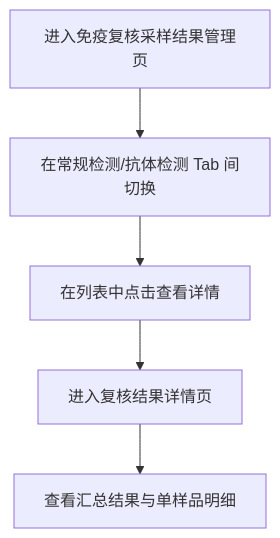
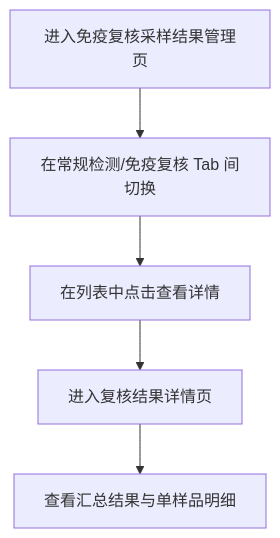
One commit to 91Dhua/Vaccine changed the second of 2 diagrams in prds/vaccine prd/08-免疫复核采样结果管理.md. Above: the diagram before and after it, drawn with Mermaid. The commit also changed other lines of this file and 1 other file, not shown here.

Commit message:
Rename antibody review tab

````diff
--- a/prds/vaccine prd/08-免疫复核采样结果管理.md
+++ b/prds/vaccine prd/08-免疫复核采样结果管理.md
@@ -53,7 +53,7 @@
 ```mermaid
 flowchart TD
-  A[进入免疫复核采样结果管理页] --> B[在常规检测/抗体检测 Tab 间切换]
+  A[进入免疫复核采样结果管理页] --> B[在常规检测/免疫复核 Tab 间切换]
   B --> C[在列表中点击查看详情]
   C --> D[进入复核结果详情页]
   D --> E[查看汇总结果与单样品明细]
 ```
````
